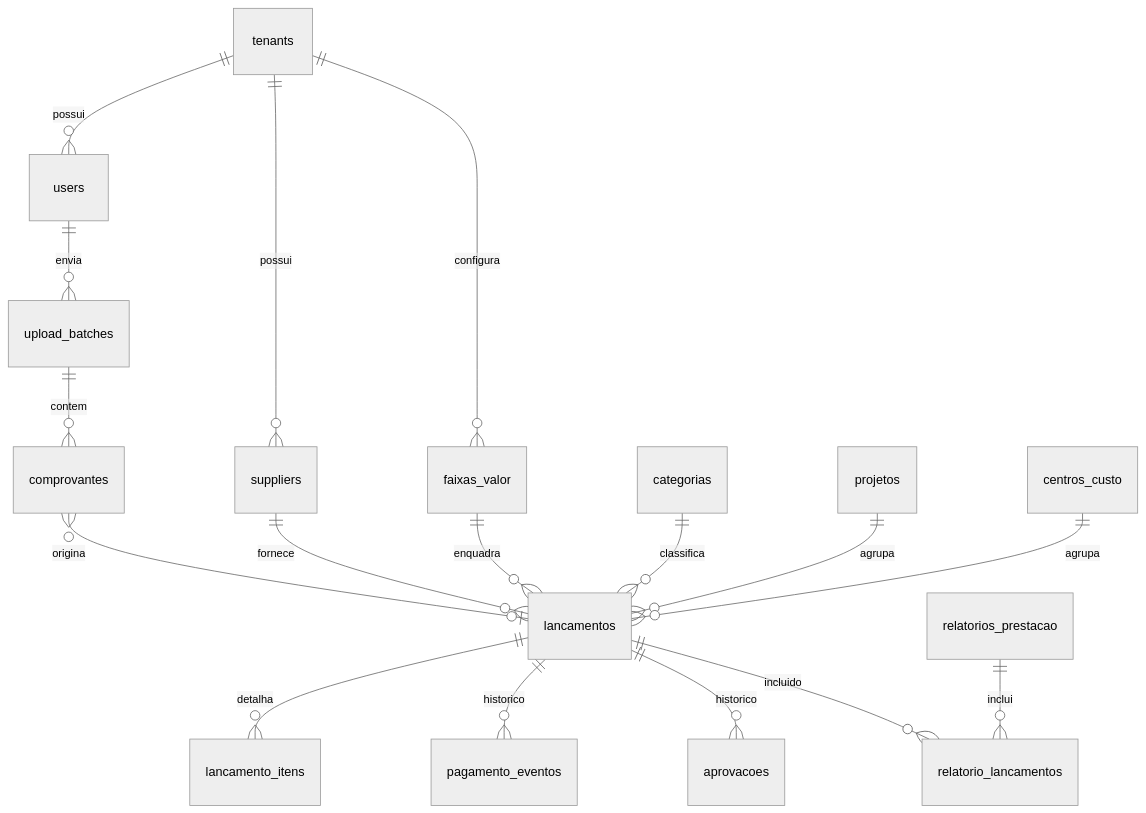
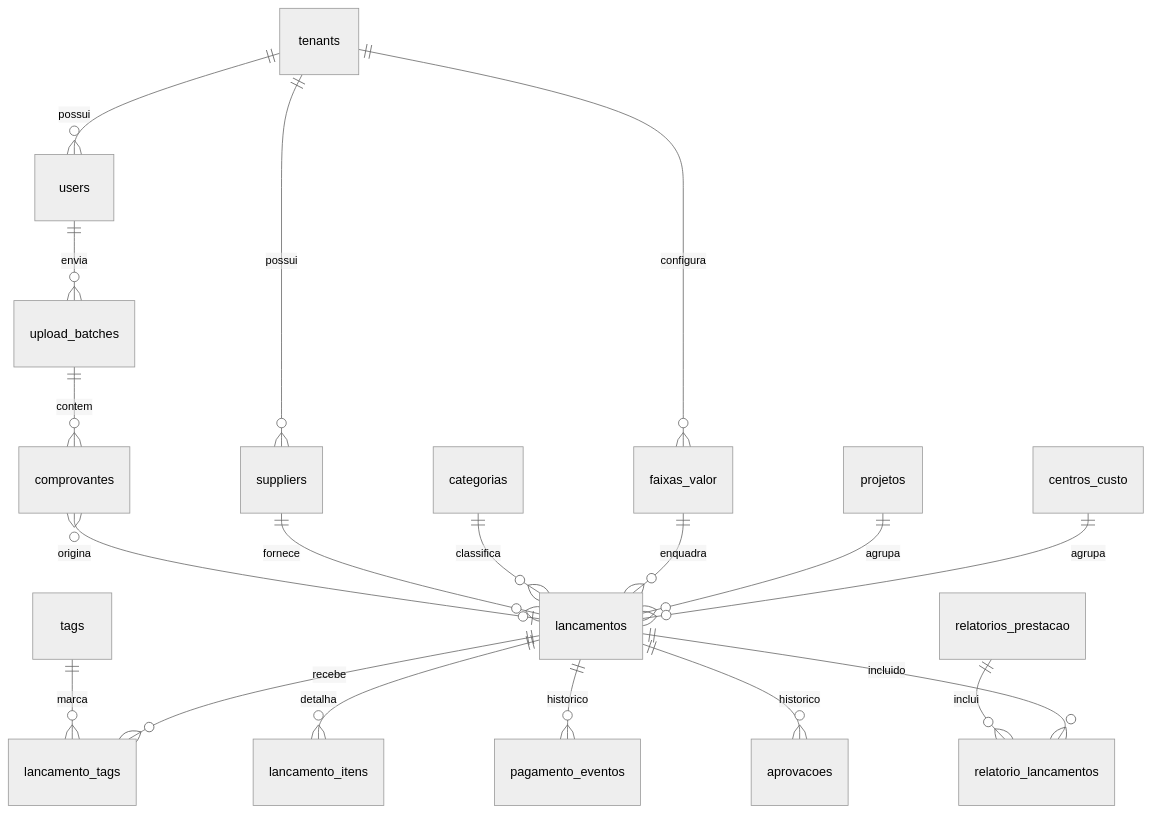
Before and after one commit to atrzad/Sistema-Financeiro: the diagram in docs/modelo-de-dados.md, drawn with Mermaid (neutral theme). The commit also changed other lines of this file and 29 other files, not shown here.

First line of the commit message:
feat(lancamentos): tags por tipo de conta, várias por lançamento

````diff
--- a/docs/modelo-de-dados.md
+++ b/docs/modelo-de-dados.md
@@ -32,19 +33,21 @@
 ```mermaid
 erDiagram
     tenants ||--o{ users : possui
     tenants ||--o{ suppliers : possui
     tenants ||--o{ faixas_valor : configura
     users ||--o{ upload_batches : envia
     upload_batches ||--o{ comprovantes : contem
     comprovantes }o--o| lancamentos : origina
     suppliers ||--o{ lancamentos : fornece
     categorias ||--o{ lancamentos : classifica
     faixas_valor ||--o{ lancamentos : enquadra
     projetos ||--o{ lancamentos : agrupa
     centros_custo ||--o{ lancamentos : agrupa
+    tags ||--o{ lancamento_tags : marca
+    lancamentos ||--o{ lancamento_tags : recebe
     lancamentos ||--o{ lancamento_itens : detalha
     lancamentos ||--o{ pagamento_eventos : historico
     lancamentos ||--o{ aprovacoes : historico
     relatorios_prestacao ||--o{ relatorio_lancamentos : inclui
     lancamentos ||--o{ relatorio_lancamentos : incluido
 ```
````
